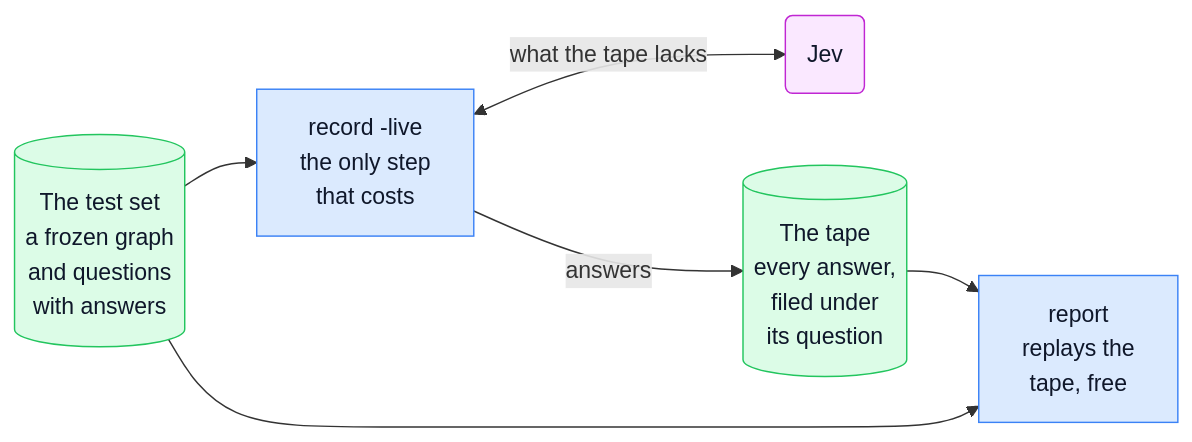
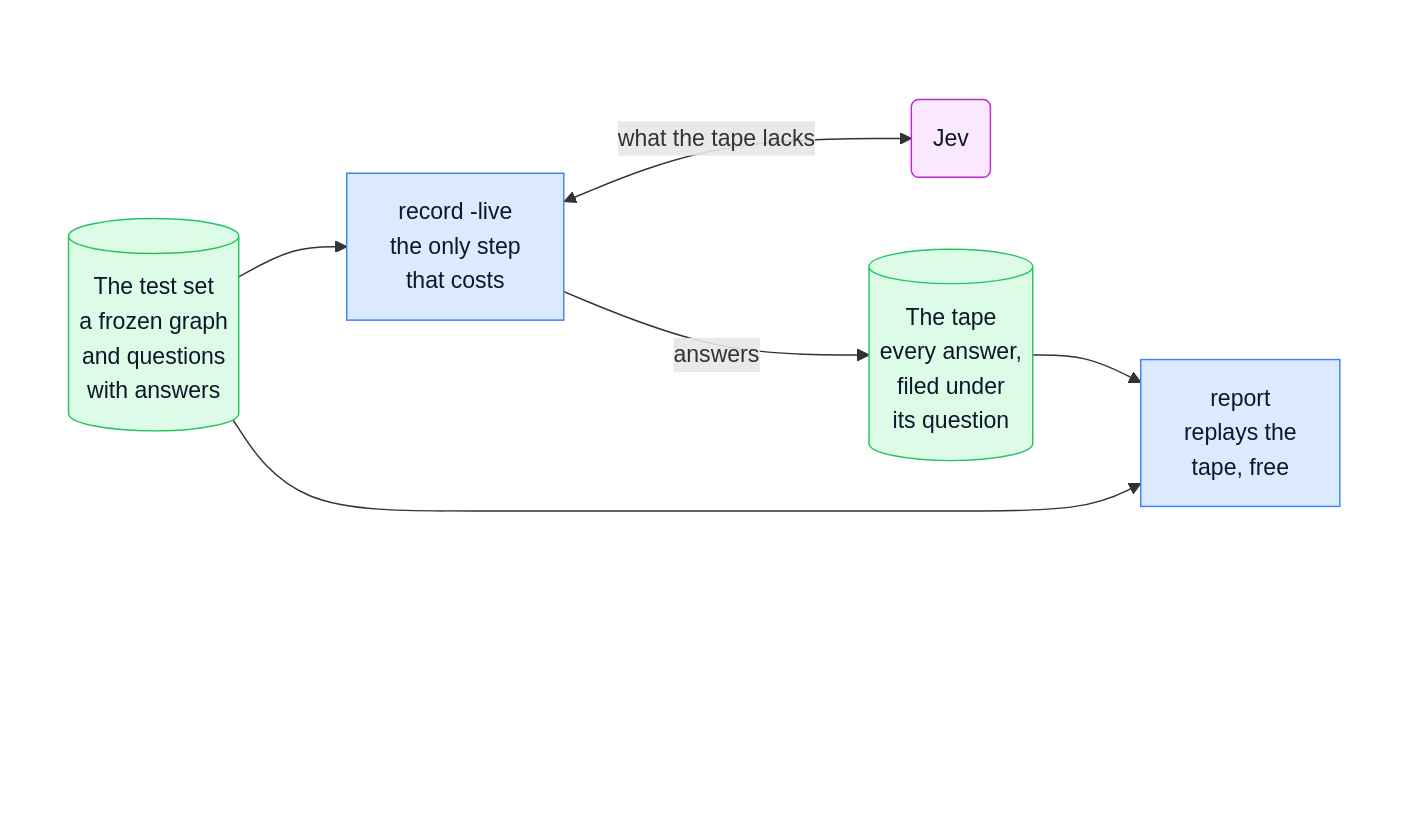
Before and after one commit to umran/grafsol: the seventh of 7 diagrams in README.md, drawn with Mermaid. The commit also changed other lines of this file, not shown here.

First line of the commit message:
Keep the diagrams clear of GitHub's zoom buttons

````diff
--- a/README.md
+++ b/README.md
@@ -412,18 +442,26 @@
 ```mermaid
-flowchart LR
-    set[("The test set<br/>a frozen graph<br/>and questions<br/>with answers")]:::data
-    record["record -live<br/>the only step<br/>that costs"]:::code
-    jev("Jev"):::paid
-    tape[("The tape<br/>every answer,<br/>filed under<br/>its question")]:::data
-    report["report<br/>replays the<br/>tape, free"]:::code
+flowchart TB
+    subgraph all[" "]
+        direction LR
+        set[("The test set<br/>a frozen graph<br/>and questions<br/>with answers")]:::data
+        record["record -live<br/>the only step<br/>that costs"]:::code
+        jev("Jev"):::paid
+        tape[("The tape<br/>every answer,<br/>filed under<br/>its question")]:::data
+        report["report<br/>replays the<br/>tape, free"]:::code
 
-    set --> record
-    record <-- "what the tape lacks" --> jev
-    record -- "answers" --> tape
-    set --> report
-    tape --> report
+        set --> record
+        record <-- "what the tape lacks" --> jev
+        record -- "answers" --> tape
+        set --> report
+        tape --> report
+    end
+
+    %% An empty row at the bottom: GitHub lays its zoom buttons over that corner.
+    all ~~~ corner["&nbsp;<br/>&nbsp;<br/>&nbsp;"]
 
     classDef code fill:#dbeafe,stroke:#3b82f6,color:#0f172a
     classDef data fill:#dcfce7,stroke:#22c55e,color:#0f172a
     classDef paid fill:#fae8ff,stroke:#c026d3,color:#0f172a
+    style all fill:none,stroke:none
+    style corner fill:none,stroke:none
 ```
````
